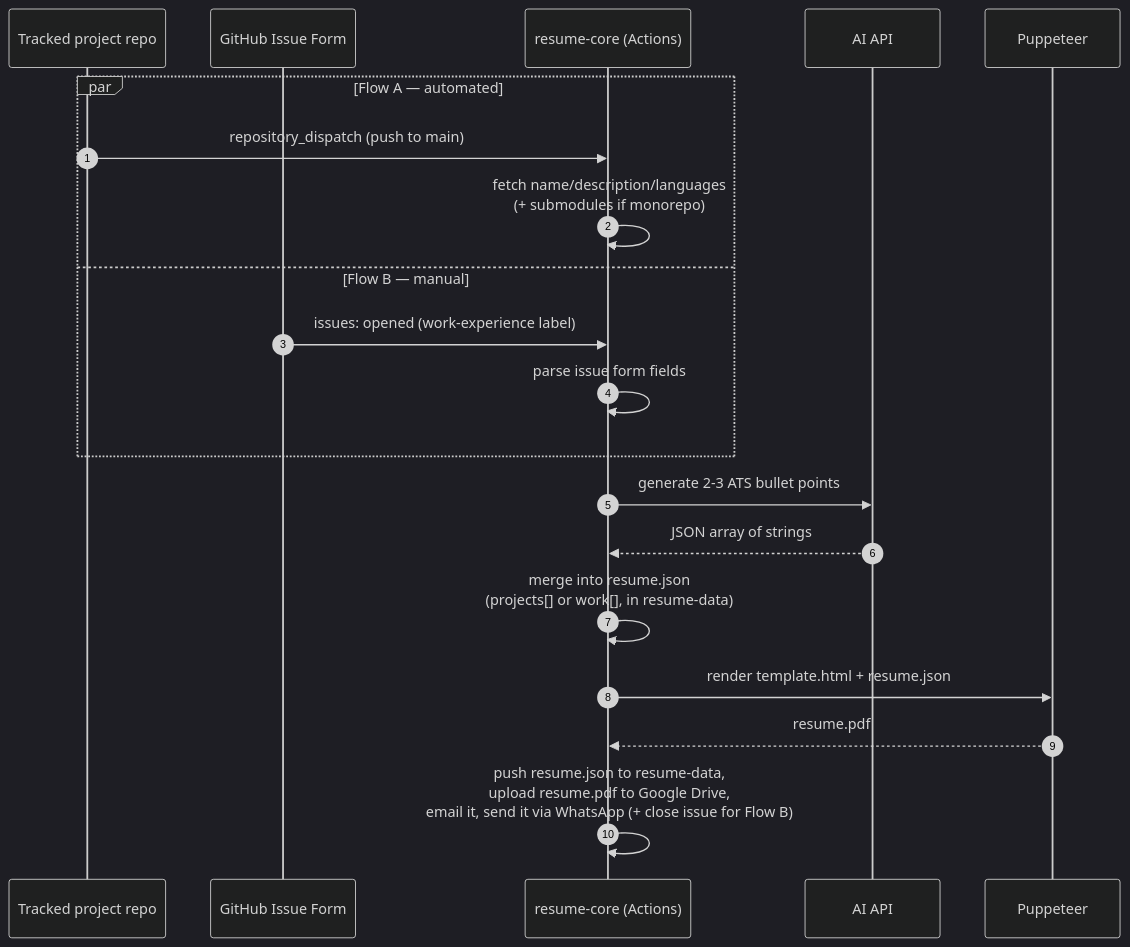
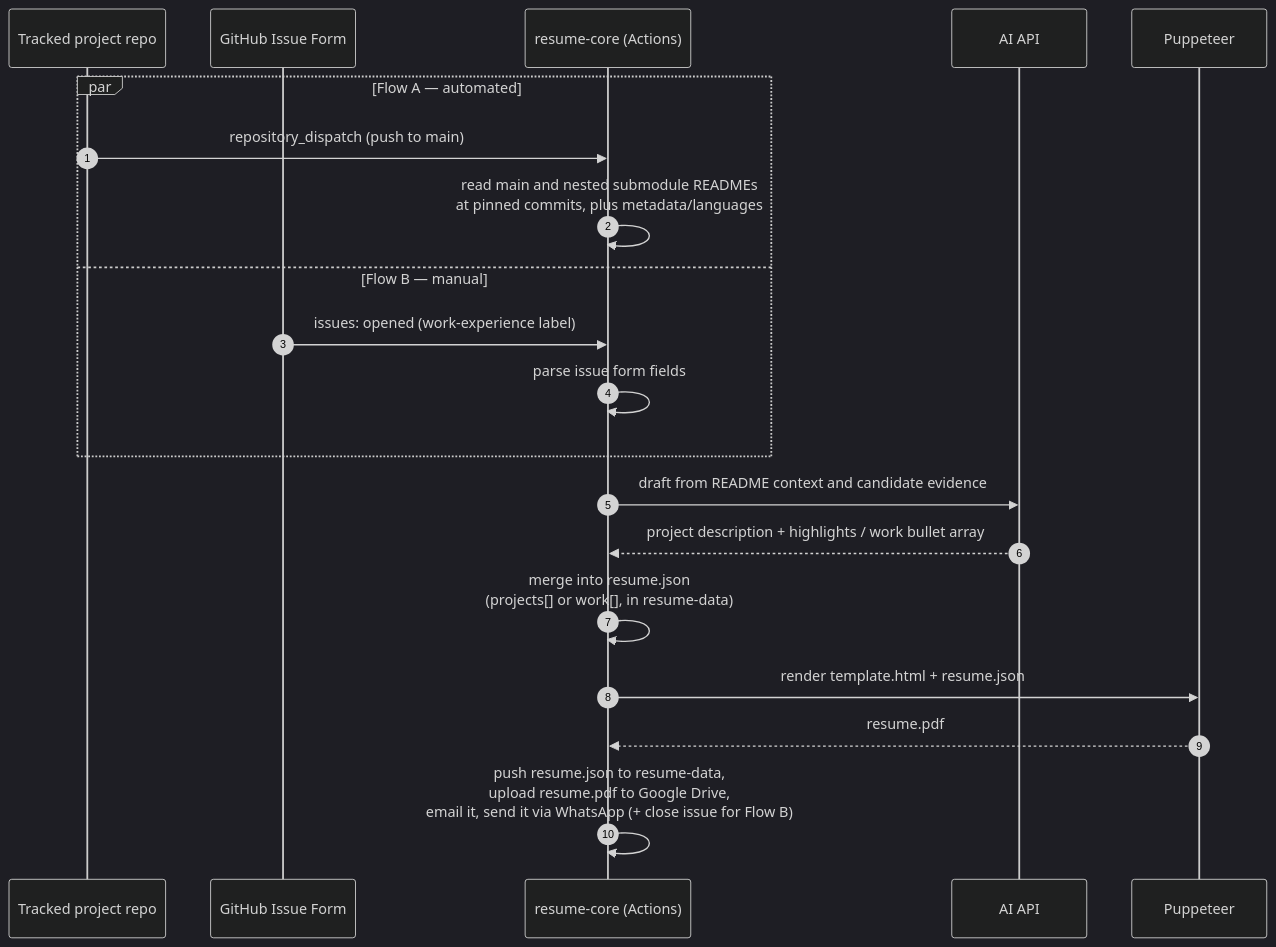
The first of 2 diagrams in README.md (ChamathDilshanC/resume-core), drawn with Mermaid (dark theme) before and after one commit. The commit also changed other lines of this file and 16 other files, not shown here.

````diff
--- a/README.md
+++ b/README.md
@@ -38,23 +38,23 @@
 ```mermaid
 sequenceDiagram
     autonumber
     participant Repo as Tracked project repo
     participant Issue as GitHub Issue Form
     participant Core as resume-core (Actions)
     participant AI as AI API
     participant PDF as Puppeteer
 
     par Flow A — automated
         Repo->>Core: repository_dispatch (push to main)
-        Core->>Core: fetch name/description/languages<br/>(+ submodules if monorepo)
+        Core->>Core: read main and nested submodule READMEs<br/>at pinned commits, plus metadata/languages
     and Flow B — manual
         Issue->>Core: issues: opened (work-experience label)
         Core->>Core: parse issue form fields
     end
-    Core->>AI: generate 2-3 ATS bullet points
-    AI-->>Core: JSON array of strings
+    Core->>AI: draft from README context and candidate evidence
+    AI-->>Core: project description + highlights / work bullet array
     Core->>Core: merge into resume.json<br/>(projects[] or work[], in resume-data)
     Core->>PDF: render template.html + resume.json
     PDF-->>Core: resume.pdf
     Core->>Core: push resume.json to resume-data,<br/>upload resume.pdf to Google Drive,<br/>email it, send it via WhatsApp (+ close issue for Flow B)
 ```
````
